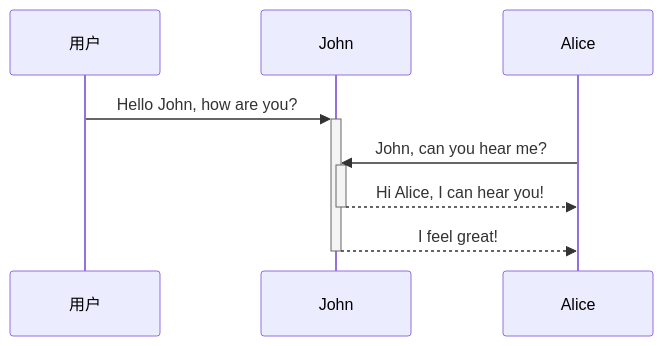
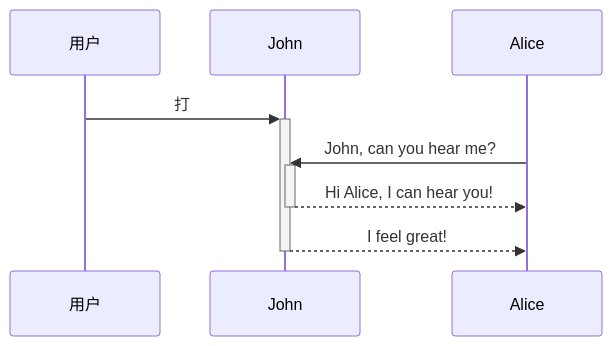
One commit to fifuntop/iodraw-files changed the diagram in all/居民端时序图.md. Above: the diagram before and after it, drawn with Mermaid.

Commit message:
2024-03-14 14:39:16 update

````diff
--- a/all/居民端时序图.md
+++ b/all/居民端时序图.md
@@ -1,8 +1,8 @@
 ```mermaid
 sequenceDiagram
-    用户->>+John: Hello John, how are you?
+    用户->>+John: 打
     Alice->>+John: John, can you hear me?
     John-->>-Alice: Hi Alice, I can hear you!
     John-->>-Alice: I feel great!
             
 ```
````
